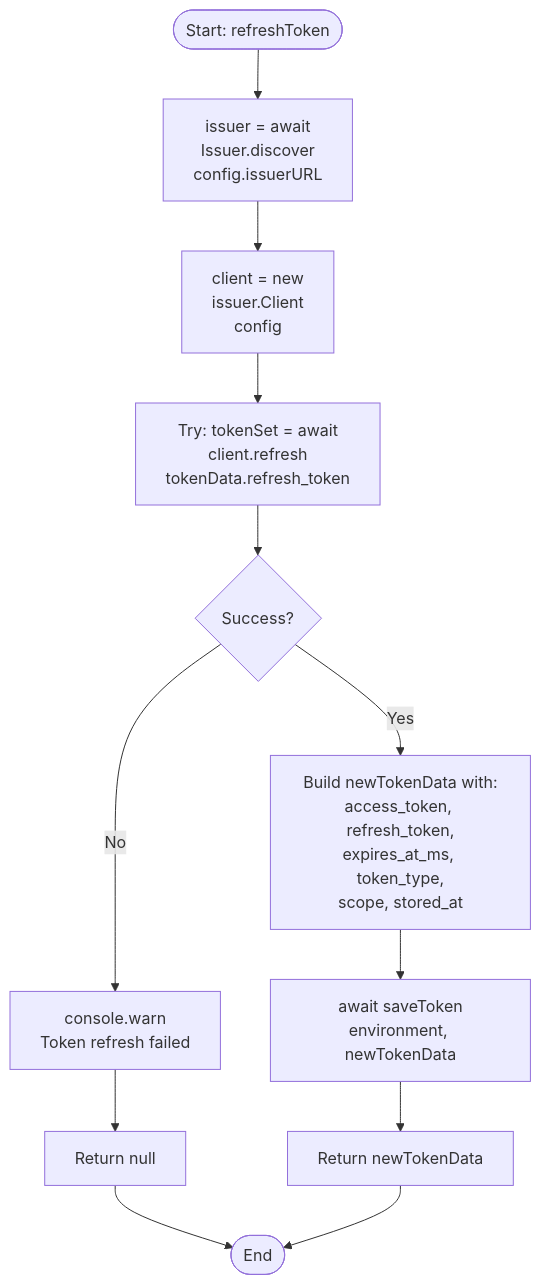
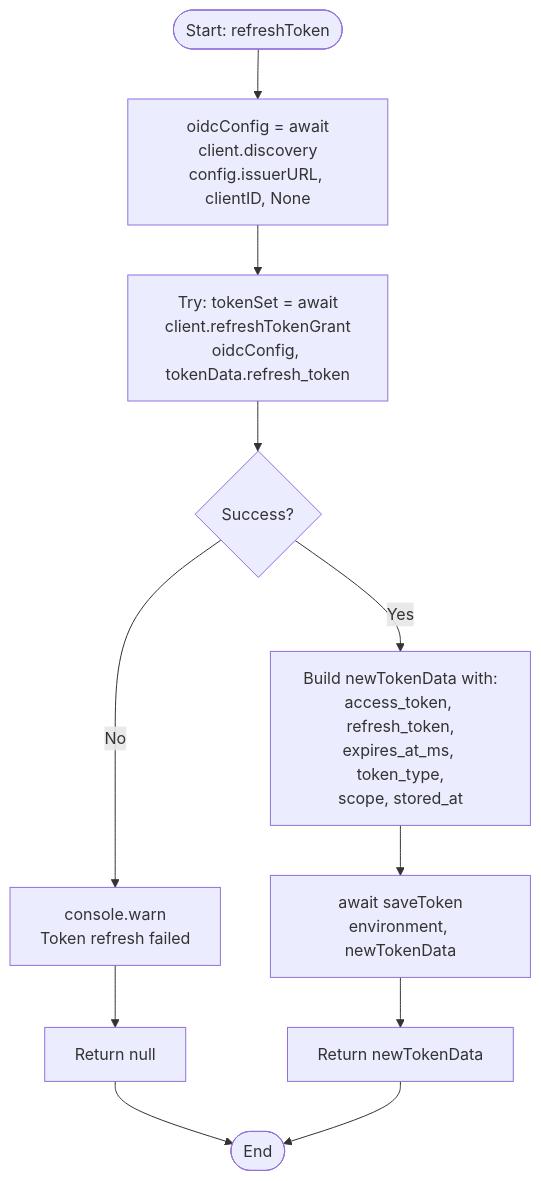
One commit to aignostics/typescript-sdk changed the third of 3 diagrams in docs/specs/SPEC-CLI.md. Above: the diagram before and after it, drawn with Mermaid. The commit also changed 6 other files, not shown here.

````diff
--- a/docs/specs/SPEC-CLI.md
+++ b/docs/specs/SPEC-CLI.md
@@ -254,14 +254,13 @@
 ```mermaid
 flowchart TD
-    Start([Start: refreshToken]) --> Discover[issuer = await<br/>Issuer.discover<br/>config.issuerURL]
-    Discover --> CreateClient[client = new<br/>issuer.Client<br/>config]
-    CreateClient --> TryRefresh[Try: tokenSet = await<br/>client.refresh<br/>tokenData.refresh_token]
+    Start([Start: refreshToken]) --> Discover[oidcConfig = await<br/>client.discovery<br/>config.issuerURL, clientID, None]
+    Discover --> TryRefresh[Try: tokenSet = await<br/>client.refreshTokenGrant<br/>oidcConfig, tokenData.refresh_token]
     TryRefresh --> Success{Success?}
     Success -->|No| LogWarn[console.warn<br/>Token refresh failed]
     LogWarn --> ReturnNull[Return null]
     Success -->|Yes| BuildData[Build newTokenData with:<br/>access_token, refresh_token,<br/>expires_at_ms, token_type,<br/>scope, stored_at]
     BuildData --> SaveToken[await saveToken<br/>environment, newTokenData]
     SaveToken --> ReturnData[Return newTokenData]
     ReturnNull --> End([End])
     ReturnData --> End
 ```
````
